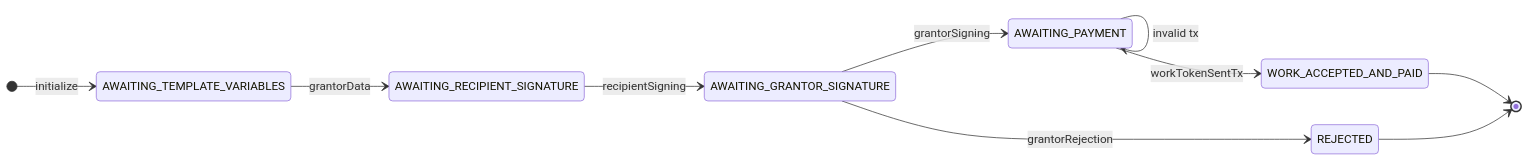
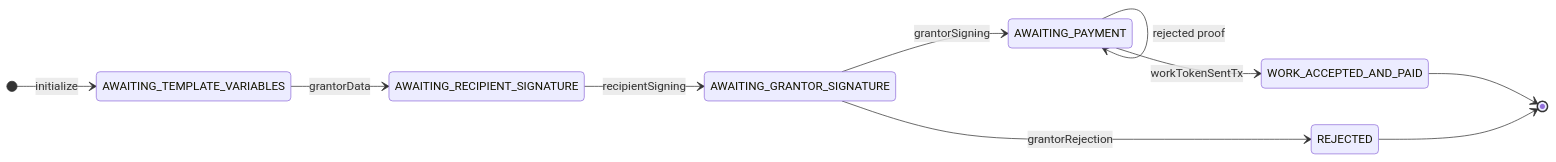
Before and after one commit to CNSLabs/agreements-protocol-evm: the first of 4 diagrams in agreements/grant-simple/grant-simple.md, drawn with Mermaid. The commit also changed other lines of this file and 8 other files, not shown here.

````diff
--- a/agreements/grant-simple/grant-simple.md
+++ b/agreements/grant-simple/grant-simple.md
@@ -3,18 +3,18 @@
 ```mermaid
 stateDiagram-v2
     direction LR
     
     [*] --> AWAITING_TEMPLATE_VARIABLES: initialize
     
     AWAITING_TEMPLATE_VARIABLES --> AWAITING_RECIPIENT_SIGNATURE: grantorData
     AWAITING_RECIPIENT_SIGNATURE --> AWAITING_GRANTOR_SIGNATURE: recipientSigning
     
     AWAITING_GRANTOR_SIGNATURE --> AWAITING_PAYMENT: grantorSigning
     AWAITING_GRANTOR_SIGNATURE --> REJECTED: grantorRejection
     
-    AWAITING_PAYMENT --> AWAITING_PAYMENT: invalid tx
+    AWAITING_PAYMENT --> AWAITING_PAYMENT: rejected proof
     AWAITING_PAYMENT --> WORK_ACCEPTED_AND_PAID: workTokenSentTx
     
     WORK_ACCEPTED_AND_PAID --> [*]
     REJECTED --> [*]
 ``` 
````
